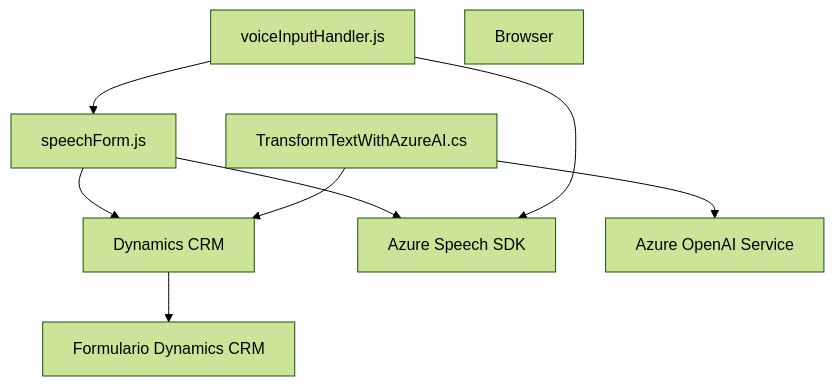
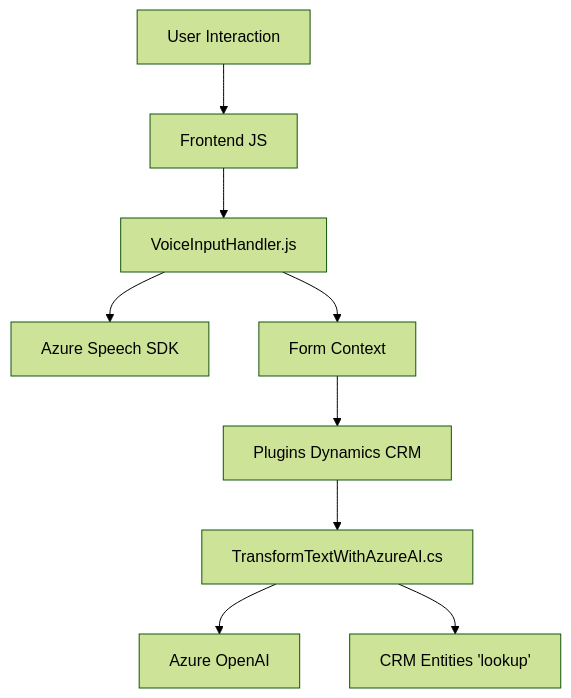
Before and after one commit to blopezdm/NETCORE_BILBAO2025: the diagram in README.md, drawn with Mermaid (forest theme). The commit also changed other lines of this file, not shown here.

````diff
--- a/README.md
+++ b/README.md
@@ -44,20 +43,21 @@
 ```mermaid
 graph TD
-    A["voiceInputHandler.js"]
-    B["speechForm.js"]
-    C["TransformTextWithAzureAI.cs"]
-    D["Browser"]
-    E["Dynamics CRM"]
-
-    F["Azure Speech SDK"]
-    G["Azure OpenAI Service"]
-    H["Formulario Dynamics CRM"]
-
+    A["User Interaction"]
+    B["Frontend JS"]
+    C["VoiceInputHandler.js"]
+    D["Azure Speech SDK"]
+    E["Form Context"]
+    F["Plugins Dynamics CRM"]
+    G["TransformTextWithAzureAI.cs"]
+    H["Azure OpenAI"]
+    I["CRM Entities 'lookup'"]
+    
     A --> B
-    B --> F
-    A --> F
-    B --> E
+    B --> C
+    C --> D
     C --> E
-    C --> G
-    E --> H
+    E --> F
+    F --> G
+    G --> H
+    G --> I
 ```
````
